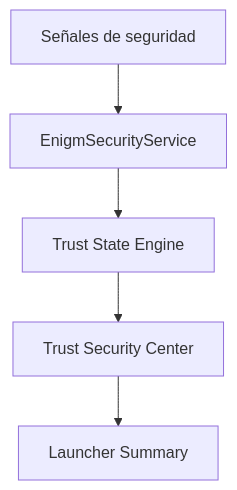
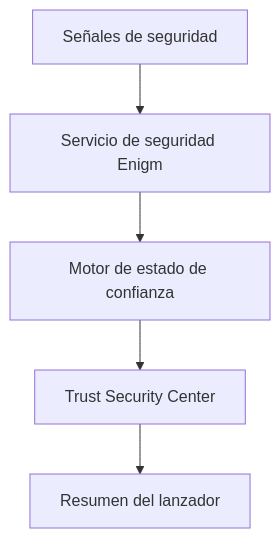
One commit to enigm-llc/docs changed the diagram in es/os/trust-security-center.mdx. Above: the diagram before and after it, drawn with Mermaid. The commit also changed other lines of this file and 43 other files, not shown here.

````diff
--- a/es/os/trust-security-center.mdx
+++ b/es/os/trust-security-center.mdx
@@ -18,10 +46,13 @@
 ```mermaid
 flowchart TD
   Signals["Señales de seguridad"]
-  Service["EnigmSecurityService"]
-  Engine["Trust State Engine"]
+  Service["Servicio de seguridad Enigm"]
+  Engine["Motor de estado de confianza"]
   Center["Trust Security Center"]
-  Launcher["Launcher Summary"]
+  Launcher["Resumen del lanzador"]
 
-  Signals --> Service --> Engine --> Center --> Launcher
+  Signals --> Service
+  Service --> Engine
+  Engine --> Center
+  Center --> Launcher
 ```
````
